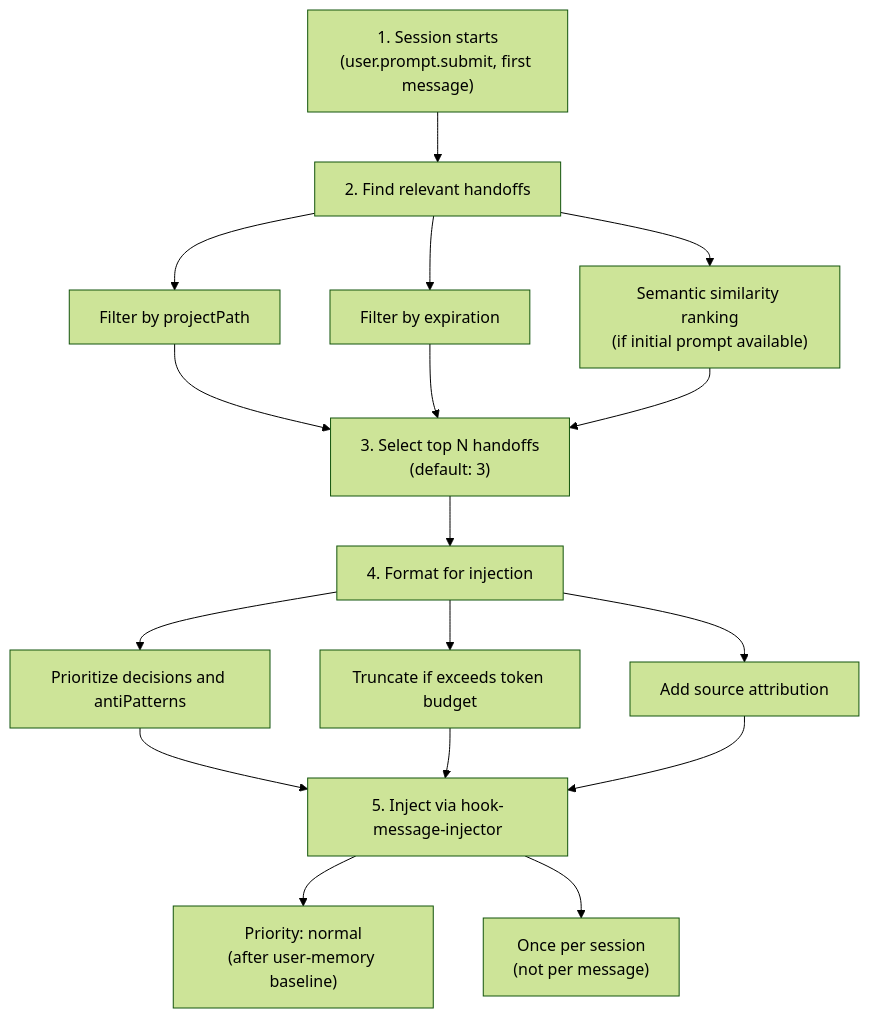
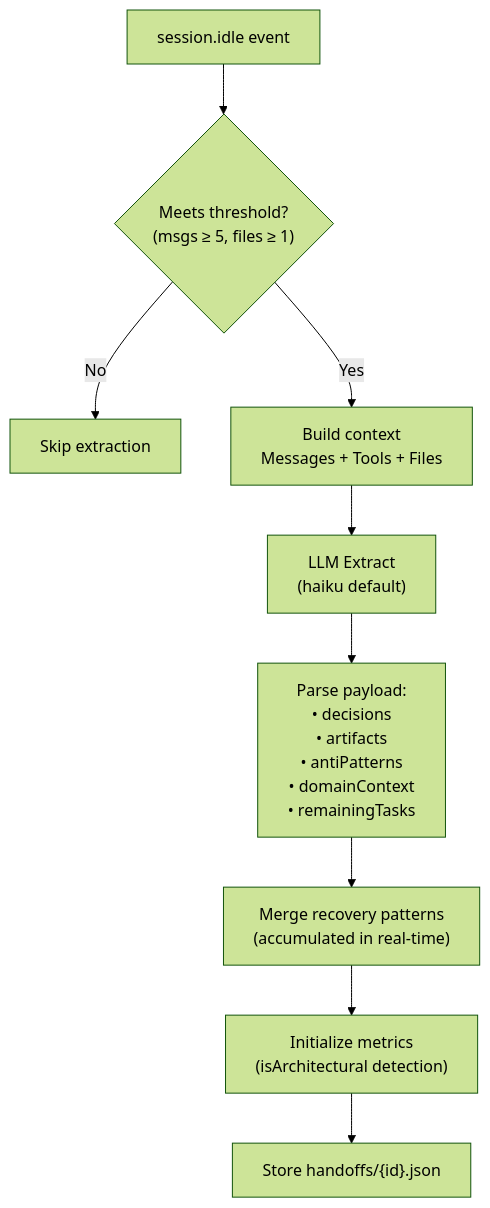
The third of 6 diagrams in docs/session-handoff-design.md (arcthur/oh-my-opencode), drawn with Mermaid (forest theme) before and after one commit. The commit also changed other lines of this file and 20 other files, not shown here.

````diff
--- a/docs/session-handoff-design.md
+++ b/docs/session-handoff-design.md
@@ -550,24 +514,17 @@
 ```mermaid
 flowchart TD
-    SS["1. Session starts<br/>(user.prompt.submit, first message)"]
-    F["2. Find relevant handoffs"]
-    F1["Filter by projectPath"]
-    F2["Filter by expiration"]
-    F3["Semantic similarity ranking<br/>(if initial prompt available)"]
-    SEL["3. Select top N handoffs<br/>(default: 3)"]
-    FMT["4. Format for injection"]
-    FMT1["Prioritize decisions and antiPatterns"]
-    FMT2["Truncate if exceeds token budget"]
-    FMT3["Add source attribution"]
-    INJ["5. Inject via hook-message-injector"]
-    INJ1["Priority: normal<br/>(after user-memory baseline)"]
-    INJ2["Once per session<br/>(not per message)"]
+    IDLE["session.idle event"]
+    CHECK{"Meets threshold?<br/>(msgs ≥ 5, files ≥ 1)"}
+    SKIP["Skip extraction"]
+    BUILD["Build context<br/>Messages + Tools + Files"]
+    LLM["LLM Extract<br/>(haiku default)"]
+    PARSE["Parse payload:<br/>• decisions<br/>• artifacts<br/>• antiPatterns<br/>• domainContext<br/>• remainingTasks"]
+    MERGE["Merge recovery patterns<br/>(accumulated in real-time)"]
+    METRICS["Initialize metrics<br/>(isArchitectural detection)"]
+    STORE["Store handoffs/{id}.json"]
 
-    SS --> F
-    F --> F1 & F2 & F3
-    F1 & F2 & F3 --> SEL
-    SEL --> FMT
-    FMT --> FMT1 & FMT2 & FMT3
-    FMT1 & FMT2 & FMT3 --> INJ
-    INJ --> INJ1 & INJ2
+    IDLE --> CHECK
+    CHECK -->|No| SKIP
+    CHECK -->|Yes| BUILD --> LLM --> PARSE
+    PARSE --> MERGE --> METRICS --> STORE
 ```
````
